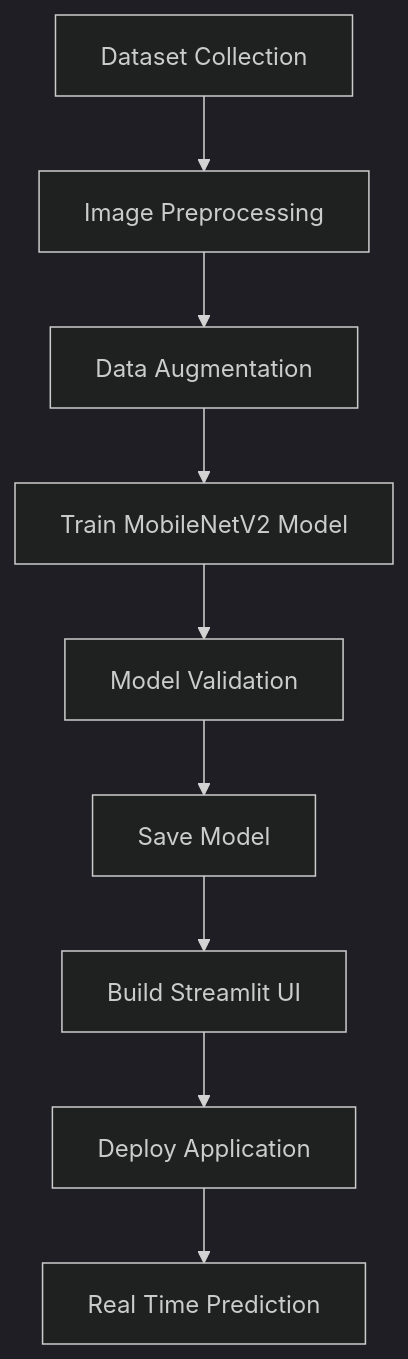
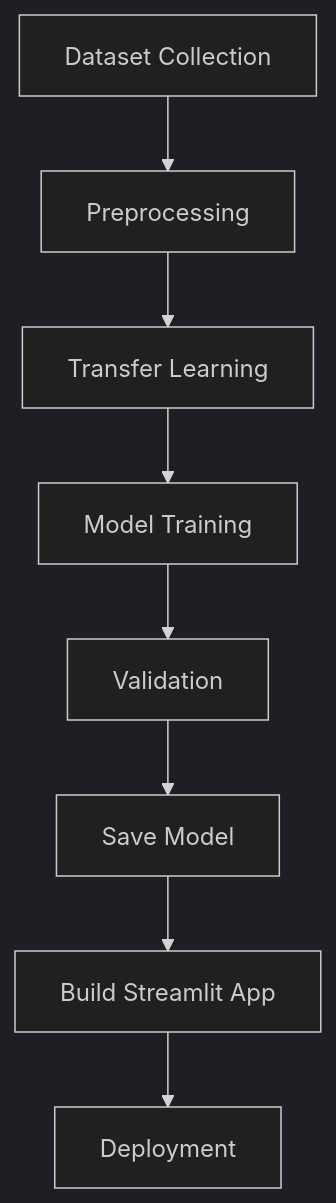
One commit to KhushiBonde/-AI-based-Food-Quality-checking changed the second of 4 diagrams in README.md. Above: the diagram before and after it, drawn with Mermaid (dark theme). The commit also changed other lines of this file, not shown here.

````diff
--- a/README.md
+++ b/README.md
@@ -148,12 +237,11 @@
-```mermaid
+```mermaid id="c3"
 flowchart TD
 
-A[Dataset Collection] --> B[Image Preprocessing]
-B --> C[Data Augmentation]
-C --> D[Train MobileNetV2 Model]
-D --> E[Model Validation]
+A[Dataset Collection] --> B[Preprocessing]
+B --> C[Transfer Learning]
+C --> D[Model Training]
+D --> E[Validation]
 E --> F[Save Model]
-F --> G[Build Streamlit UI]
-G --> H[Deploy Application]
-H --> I[Real Time Prediction]
+F --> G[Build Streamlit App]
+G --> H[Deployment]
 ```
````
